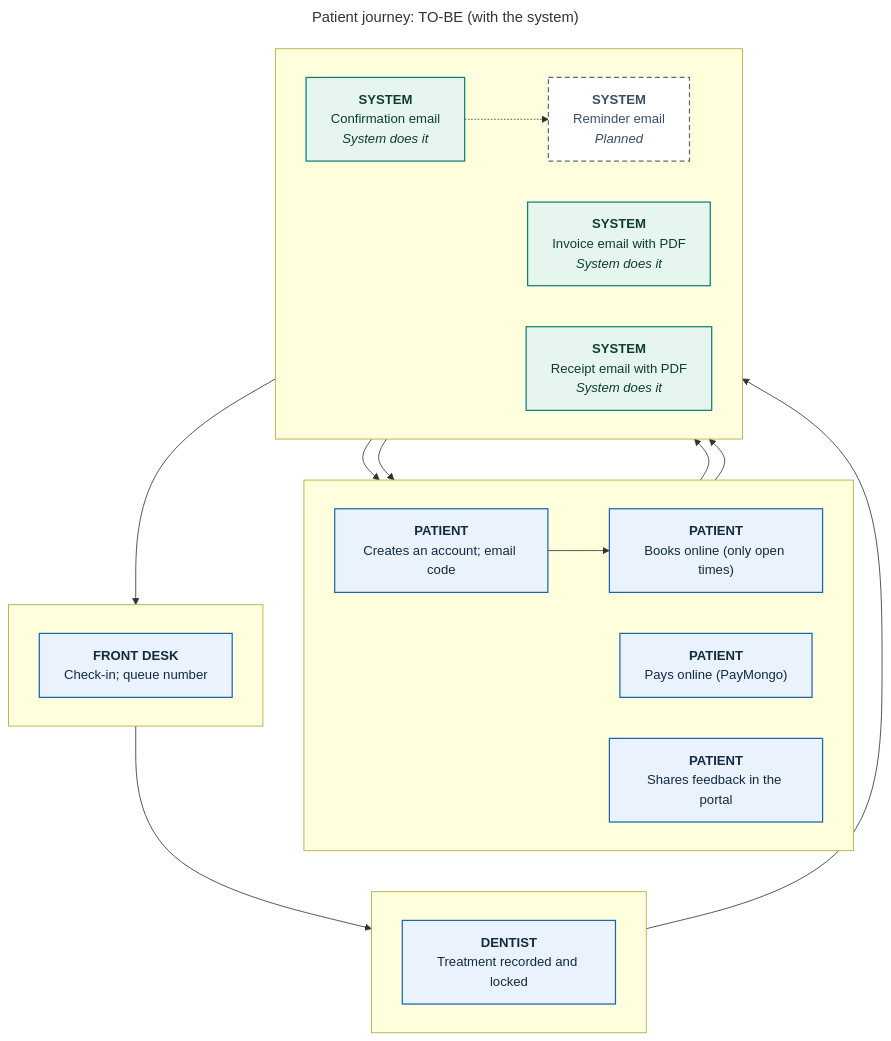
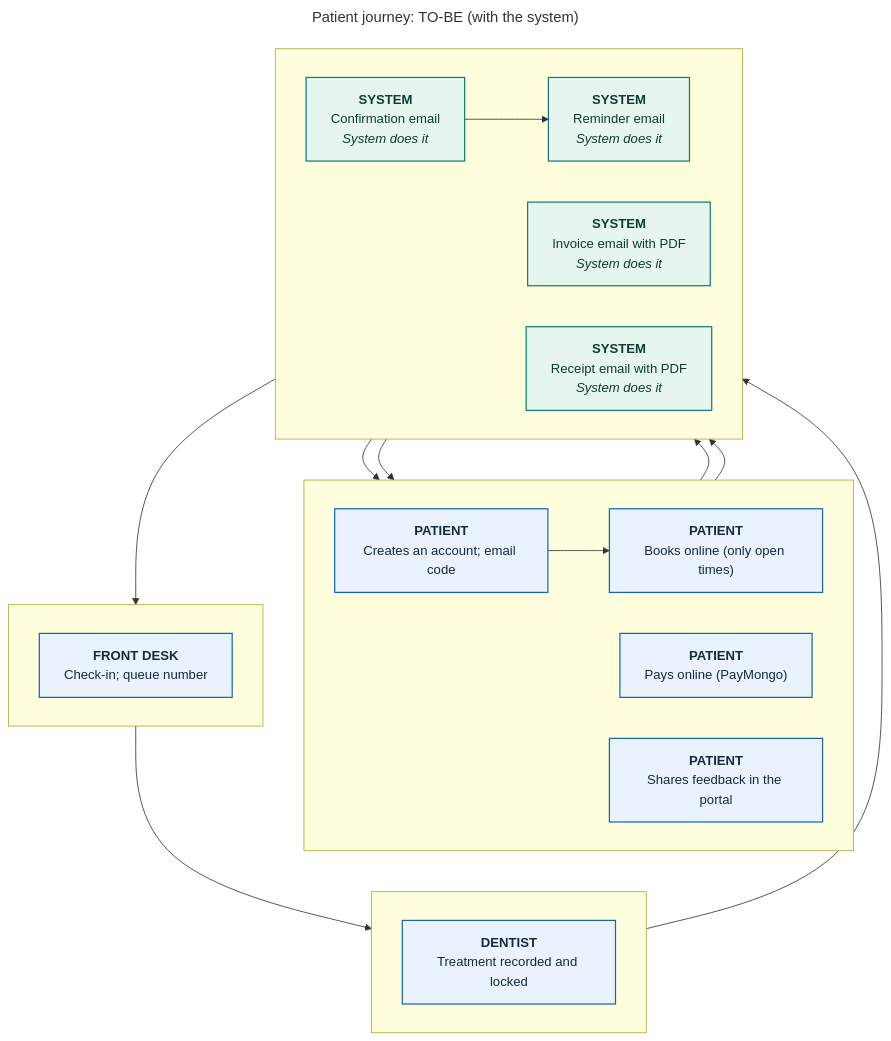
Before and after one commit to 0phem/multibranch-dental-clinic: the diagram in docs/defense/diagrams/overview-to-be.mmd, drawn with Mermaid. The commit also changed 57 other files, not shown here.

First line of the commit message:
docs(defense): automations in modules, evidence, TO-BE diagrams, process PDF, demo script, panel Q&A, screenshots

```diff
--- a/docs/defense/diagrams/overview-to-be.mmd
+++ b/docs/defense/diagrams/overview-to-be.mmd
@@ -1,41 +1,41 @@
 ---
 title: "Patient journey: TO-BE (with the system)"
 ---
 flowchart TB
     subgraph L0[" "]
     direction LR
       S0["<b>PATIENT</b><br/>Creates an account; email code"]:::manual
       S1["<b>PATIENT</b><br/>Books online (only open times)"]:::manual
       S7["<b>PATIENT</b><br/>Pays online (PayMongo)"]:::manual
       S9["<b>PATIENT</b><br/>Shares feedback in the portal"]:::manual
     end
     subgraph L1[" "]
     direction LR
       S4["<b>FRONT DESK</b><br/>Check-in; queue number"]:::manual
     end
     subgraph L2[" "]
     direction LR
       S5["<b>DENTIST</b><br/>Treatment recorded and locked"]:::manual
     end
     subgraph L4[" "]
     direction LR
       S2["<b>SYSTEM</b><br/>Confirmation email<br/><i>System does it</i>"]:::auto
-      S3["<b>SYSTEM</b><br/>Reminder email<br/><i>Planned</i>"]:::planned
+      S3["<b>SYSTEM</b><br/>Reminder email<br/><i>System does it</i>"]:::auto
       S6["<b>SYSTEM</b><br/>Invoice email with PDF<br/><i>System does it</i>"]:::auto
       S8["<b>SYSTEM</b><br/>Receipt email with PDF<br/><i>System does it</i>"]:::auto
     end
     S0 --> S1
     S1 --> S2
-    S2 -.-> S3
+    S2 --> S3
     S3 --> S4
     S4 --> S5
     S5 --> S6
     S6 --> S7
     S7 --> S8
     S8 --> S9
     classDef cited fill:#eaf3fd,stroke:#1865ac,color:#142a40,stroke-width:1.5px
     classDef confirm fill:#fffaf0,stroke:#b26a00,color:#5e3c00,stroke-width:1.5px,stroke-dasharray:6 4
     classDef auto fill:#e6f5ee,stroke:#0c7f75,color:#0f3d33,stroke-width:1.5px
     classDef manual fill:#eaf3fd,stroke:#1865ac,color:#142a40,stroke-width:1.5px
     classDef mock fill:#f3f5f7,stroke:#5a6b7d,color:#3a4e63,stroke-width:1.5px,stroke-dasharray:3 3
     classDef planned fill:#ffffff,stroke:#5a6b7d,color:#3a4e63,stroke-width:1.5px,stroke-dasharray:6 4
```
